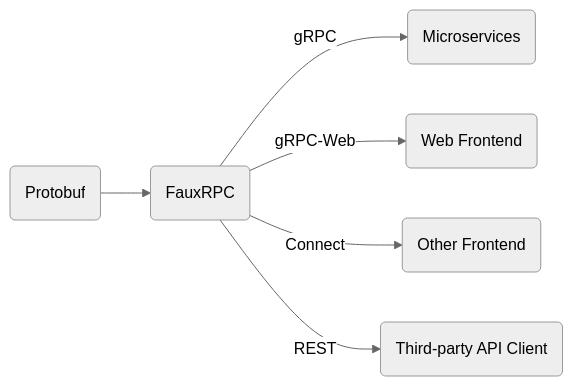
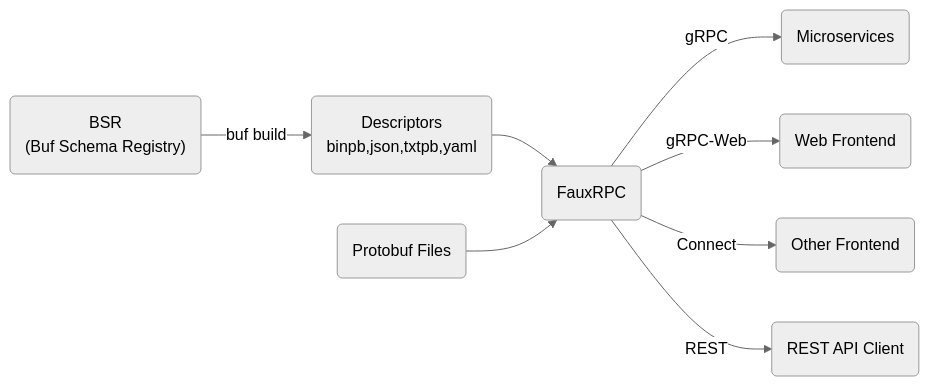
Before and after one commit to sudorandom/fauxrpc: the diagram in README.md, drawn with Mermaid (neutral theme). The commit also changed other lines of this file, not shown here.

````diff
--- a/README.md
+++ b/README.md
@@ -5,9 +5,13 @@
 ```mermaid
 flowchart LR
 
-protobuf(Protobuf) --> fauxrpc(FauxRPC)
+fauxrpc(FauxRPC)
+
+bsr("BSR\n(Buf Schema Registry)") -->|buf build| descriptors
+descriptors("Descriptors\nbinpb,json,txtpb,yaml") --> fauxrpc
+protobuf(Protobuf Files) --> fauxrpc
 fauxrpc -->|gRPC| microservices(Microservices)
 fauxrpc -->|gRPC-Web| frontend(Web Frontend)
 fauxrpc -->|Connect| other-frontend(Other Frontend)
-fauxrpc -->|REST| api(Third-party API Client)
+fauxrpc -->|REST| api(REST API Client)
 ```
````
